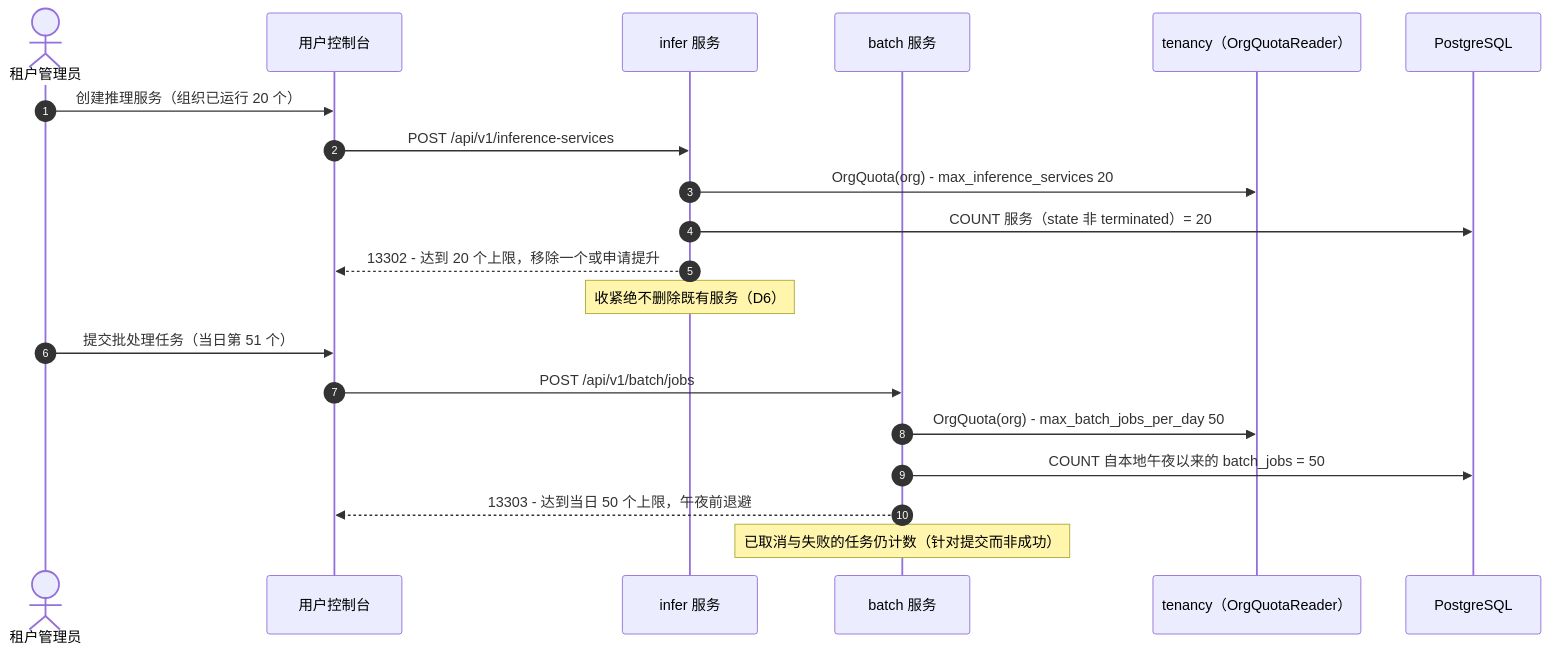
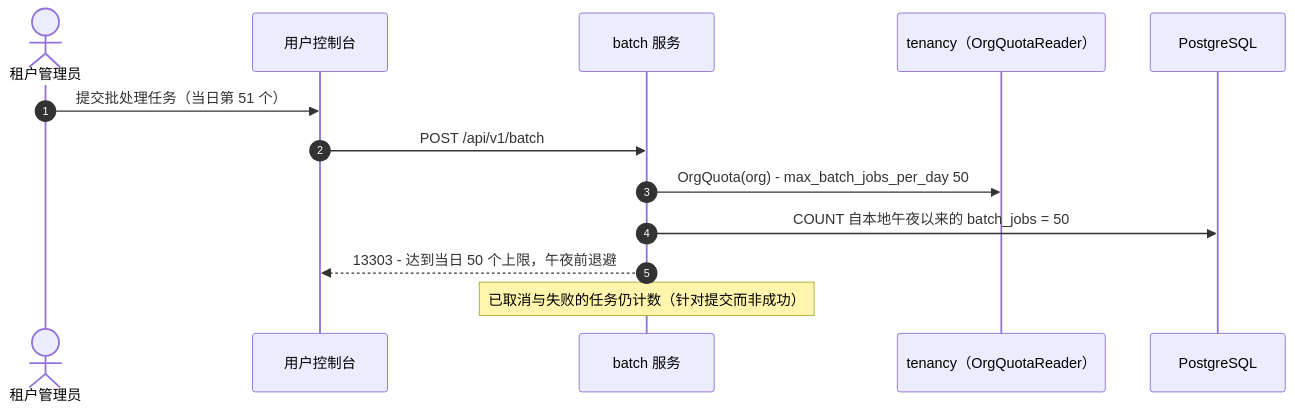
Before and after one commit to go-taas/go-taas: the fifth of 5 diagrams in site/docs/architecture/service-quota-management.zh-cn.md, drawn with Mermaid. The commit also changed other lines of this file and 41 other files, not shown here.

````diff
--- a/site/docs/architecture/service-quota-management.zh-cn.md
+++ b/site/docs/architecture/service-quota-management.zh-cn.md
@@ -561,23 +555,16 @@
 ```mermaid
 sequenceDiagram
     autonumber
     actor Agent as 租户管理员
     participant UI as 用户控制台
-    participant ISVC as infer 服务
     participant BSVC as batch 服务
     participant TEN as tenancy（OrgQuotaReader）
     participant DB as PostgreSQL
 
-    Agent->>UI: 创建推理服务（组织已运行 20 个）
-    UI->>ISVC: POST /api/v1/inference-services
-    ISVC->>TEN: OrgQuota(org) - max_inference_services 20
-    ISVC->>DB: COUNT 服务（state 非 terminated）= 20
-    ISVC-->>UI: 13302 - 达到 20 个上限，移除一个或申请提升
-    Note over ISVC: 收紧绝不删除既有服务（D6）
     Agent->>UI: 提交批处理任务（当日第 51 个）
-    UI->>BSVC: POST /api/v1/batch/jobs
+    UI->>BSVC: POST /api/v1/batch
     BSVC->>TEN: OrgQuota(org) - max_batch_jobs_per_day 50
     BSVC->>DB: COUNT 自本地午夜以来的 batch_jobs = 50
     BSVC-->>UI: 13303 - 达到当日 50 个上限，午夜前退避
     Note over BSVC: 已取消与失败的任务仍计数（针对提交而非成功）
 ```
````
